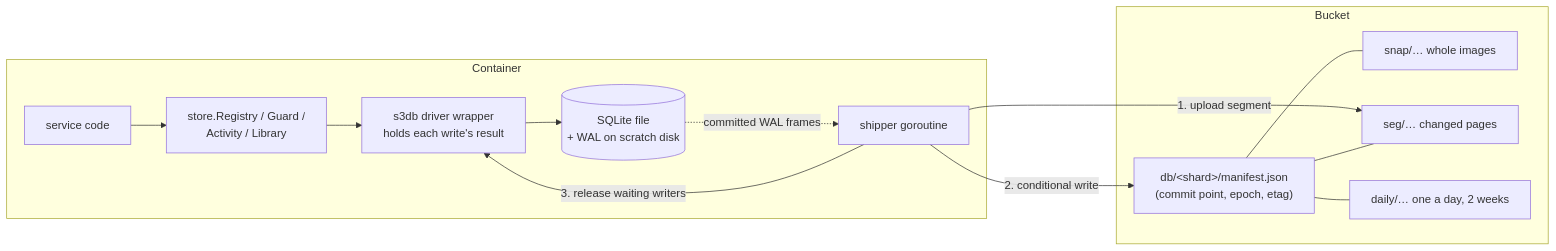
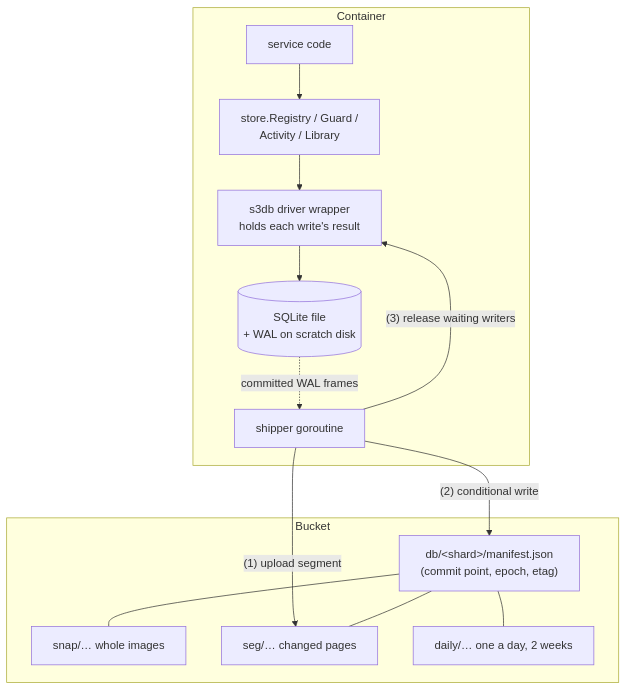
The fourth of 11 diagrams in docs/ARCHITECTURE.md (donfn/steki-discord-bot), drawn with Mermaid before and after one commit. The commit also changed other lines of this file and 237 other files, not shown here.

````diff
--- a/docs/ARCHITECTURE.md
+++ b/docs/ARCHITECTURE.md
@@ -238,22 +200,22 @@
 ```mermaid
-flowchart LR
+flowchart TB
     subgraph Container
         APP[service code] --> STORE["store.Registry / Guard /<br/>Activity / Library"]
         STORE --> DRV["s3db driver wrapper<br/>holds each write's result"]
         DRV --> SQLITE[(SQLite file<br/>+ WAL on scratch disk)]
         SHIP[shipper goroutine]
         SQLITE -. committed WAL frames .-> SHIP
     end
 
     subgraph Bucket
         MANI["db/&lt;shard&gt;/manifest.json<br/>(commit point, epoch, etag)"]
         SNAP["snap/… whole images"]
         SEG["seg/… changed pages"]
         DAILY["daily/… one a day, 2 weeks"]
     end
 
-    SHIP -->|1. upload segment| SEG
-    SHIP -->|2. conditional write| MANI
-    SHIP -->|3. release waiting writers| DRV
+    SHIP -->|"(1) upload segment"| SEG
+    SHIP -->|"(2) conditional write"| MANI
+    SHIP -->|"(3) release waiting writers"| DRV
     MANI --- SNAP & SEG & DAILY
 ```
````
